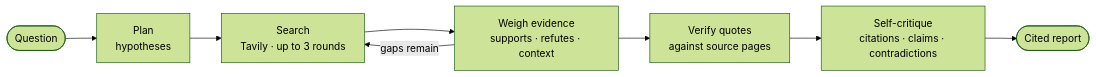
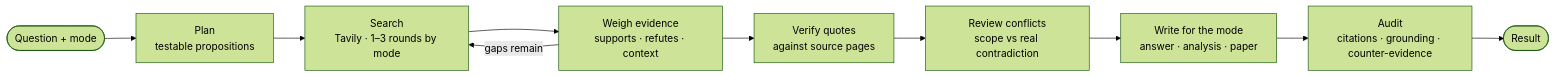
One commit to thakkerstuti/Autonomous-Research-Agent changed the diagram in README.md. Above: the diagram before and after it, drawn with Mermaid (forest theme). The commit also changed other lines of this file, not shown here.

````diff
--- a/README.md
+++ b/README.md
@@ -73,10 +87,12 @@
 ```mermaid
 flowchart LR
-    Q([Question]) --> P[Plan<br/>hypotheses]
-    P --> S[Search<br/>Tavily · up to 3 rounds]
+    Q([Question + mode]) --> P[Plan<br/>testable propositions]
+    P --> S[Search<br/>Tavily · 1–3 rounds by mode]
     S --> W[Weigh evidence<br/>supports · refutes · context]
     W -->|gaps remain| S
     W --> V[Verify quotes<br/>against source pages]
-    V --> C[Self-critique<br/>citations · claims · contradictions]
-    C --> R([Cited report])
+    V --> X[Review conflicts<br/>scope vs real contradiction]
+    X --> A[Write for the mode<br/>answer · analysis · paper]
+    A --> C[Audit<br/>citations · grounding · counter-evidence]
+    C --> R([Result])
 ```
````
